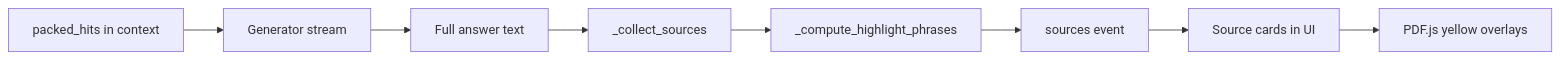
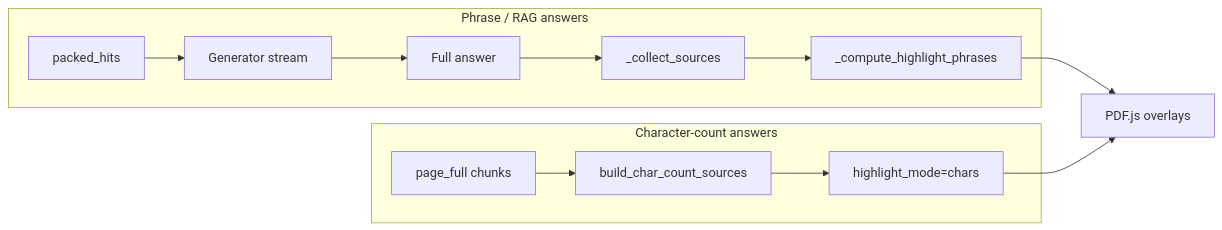
Diagram 11 of 17 in README.md (arshiatehrani/local-multimodal-rag), drawn with Mermaid before and after one commit. The commit also changed other lines of this file and 10 other files, not shown here.

````diff
--- a/README.md
+++ b/README.md
@@ -443,10 +529,17 @@
 ```mermaid
 flowchart LR
-  Pack[packed_hits in context] --> Gen[Generator stream]
-  Gen --> Ans[Full answer text]
-  Ans --> Col[_collect_sources]
-  Col --> HL[_compute_highlight_phrases]
-  HL --> SSE[sources event]
-  SSE --> Cards[Source cards in UI]
-  Cards --> PDF[PDF.js yellow overlays]
+  subgraph Phrase["Phrase / RAG answers"]
+    Pack[packed_hits] --> Gen[Generator stream]
+    Gen --> Ans[Full answer]
+    Ans --> Col[_collect_sources]
+    Col --> HL[_compute_highlight_phrases]
+  end
+
+  subgraph Char["Character-count answers"]
+    Scroll[page_full chunks] --> Cnt[build_char_count_sources]
+    Cnt --> Src[highlight_mode=chars]
+  end
+
+  HL --> PDF[PDF.js overlays]
+  Src --> PDF
 ```
````
